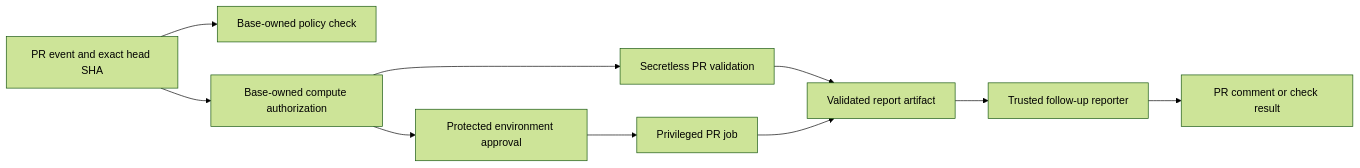
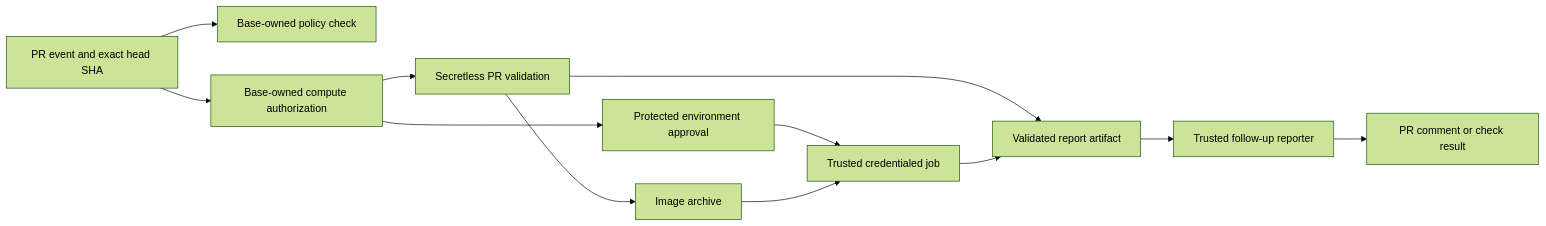
The diagram in .github/ci-architecture.md (aptos-labs/aptos-core), drawn with Mermaid (forest theme) before and after one commit. The commit also changed other lines of this file and 16 other files, not shown here.

First line of the commit message:
ci: publish PR images through a credential-free archive

````diff
--- a/.github/ci-architecture.md
+++ b/.github/ci-architecture.md
@@ -9,12 +9,14 @@
 ```mermaid
 flowchart LR
     PR[PR event and exact head SHA] --> Policy[Base-owned policy check]
     PR --> Auth[Base-owned compute authorization]
     Auth --> Safe[Secretless PR validation]
     Auth --> Gate[Protected environment approval]
-    Gate --> Priv[Privileged PR job]
+    Gate --> Priv[Trusted credentialed job]
+    Safe --> Images[Image archive]
+    Images --> Priv
     Safe --> Report[Validated report artifact]
     Priv --> Report
     Report --> Publisher[Trusted follow-up reporter]
     Publisher --> Comment[PR comment or check result]
 ```
````
